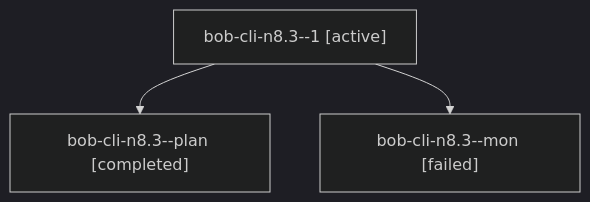
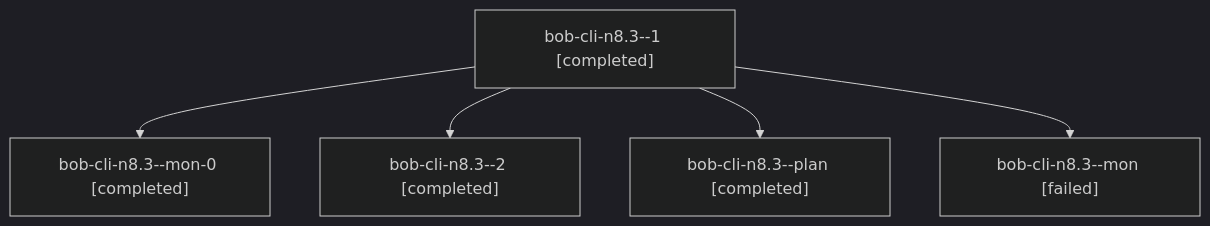
The diagram in sessions/bbugyi200.athena.bob-cli-n8.3.md (bobs-org/bob-cli--agents), drawn with Mermaid (dark theme) before and after one commit. The commit also changed other lines of this file and 35 other files, not shown here.

````diff
--- a/sessions/bbugyi200.athena.bob-cli-n8.3.md
+++ b/sessions/bbugyi200.athena.bob-cli-n8.3.md
@@ -9,8 +9,12 @@
 ```mermaid
 flowchart TD
-  n0["bob-cli-n8.3--1 [active]"]
-  n1["bob-cli-n8.3--plan [completed]"]
+  n0["bob-cli-n8.3--1 [completed]"]
+  n1["bob-cli-n8.3--mon-0 [completed]"]
   n0 --> n1
-  n2["bob-cli-n8.3--mon [failed]"]
+  n2["bob-cli-n8.3--2 [completed]"]
   n0 --> n2
+  n3["bob-cli-n8.3--plan [completed]"]
+  n0 --> n3
+  n4["bob-cli-n8.3--mon [failed]"]
+  n0 --> n4
 ```
````
